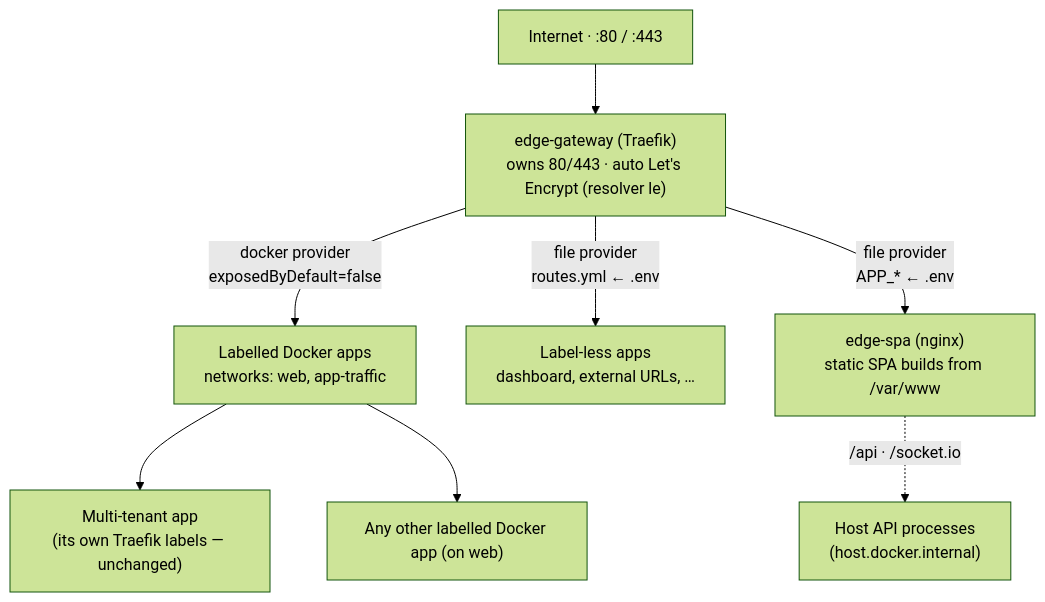
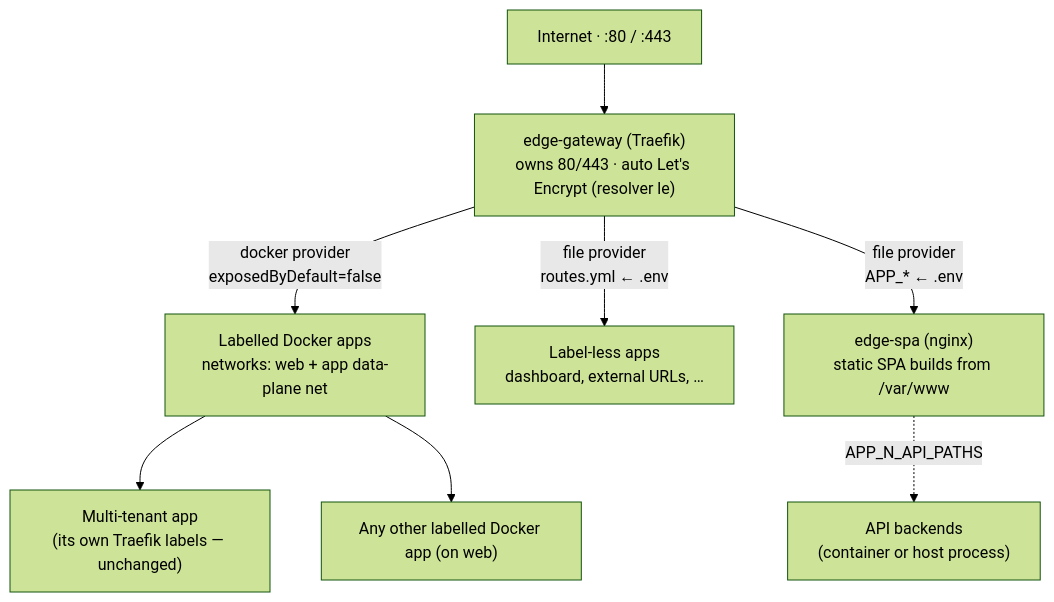
Before and after one commit to A7med-Sghaier/edge-gateway: the diagram in README.md, drawn with Mermaid (forest theme). The commit also changed other lines of this file, not shown here.

First line of the commit message:
docs(readme): genericize the API prefix and data-plane network name

````diff
--- a/README.md
+++ b/README.md
@@ -61,10 +61,10 @@
 ```mermaid
 flowchart TD
   Net["Internet · :80 / :443"] --> Edge["edge-gateway (Traefik)<br/>owns 80/443 · auto Let's Encrypt (resolver le)"]
-  Edge -->|docker provider<br/>exposedByDefault=false| Docker["Labelled Docker apps<br/>networks: web, app-traffic"]
+  Edge -->|docker provider<br/>exposedByDefault=false| Docker["Labelled Docker apps<br/>networks: web + app data-plane net"]
   Docker --> Tenants["Multi-tenant app<br/>(its own Traefik labels — unchanged)"]
   Docker --> Other["Any other labelled Docker app (on web)"]
   Edge -->|file provider<br/>routes.yml ← .env| File["Label-less apps<br/>dashboard, external URLs, …"]
   Edge -->|file provider<br/>APP_* ← .env| Spa["edge-spa (nginx)<br/>static SPA builds from /var/www"]
-  Spa -.->|/api · /socket.io| Api["Host API processes<br/>(host.docker.internal)"]
+  Spa -.->|APP_N_API_PATHS| Api["API backends<br/>(container or host process)"]
 ```
````
